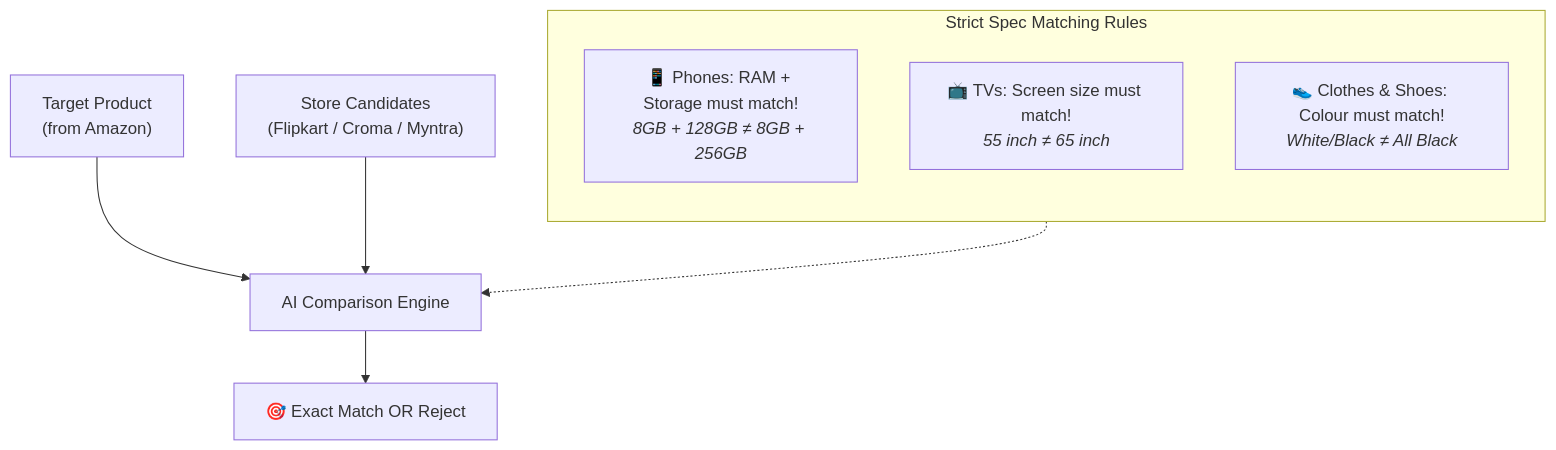
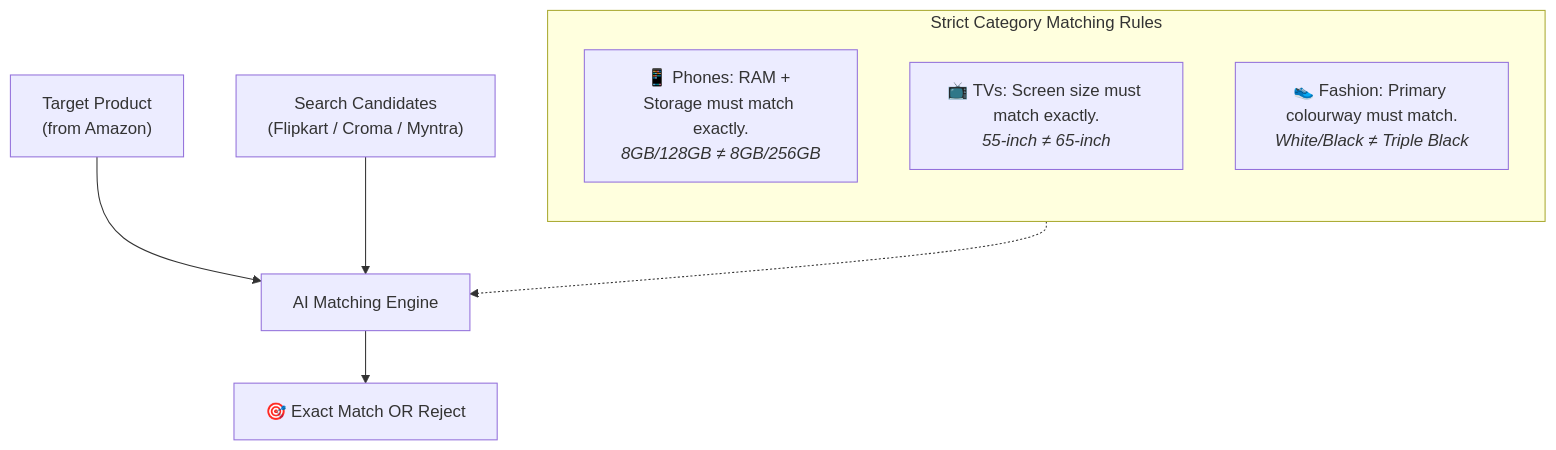
One commit to shlokdubey1k/scruge_assignment changed the fourth of 5 diagrams in MATCHING_EXPLAINED.md. Above: the diagram before and after it, drawn with Mermaid. The commit also changed other lines of this file and 2 other files, not shown here.

Commit message:
Refine MATCHING_EXPLAINED.md with personal engineering walkthrough and add launcher scripts

````diff
--- a/MATCHING_EXPLAINED.md
+++ b/MATCHING_EXPLAINED.md
@@ -96,14 +106,14 @@
 ```mermaid
 flowchart TD
-    subgraph DetectiveRules ["Strict Spec Matching Rules"]
+    subgraph DetectiveRules ["Strict Category Matching Rules"]
         direction TB
-        R1["📱 Phones: RAM + Storage must match!<br><i>8GB + 128GB ≠ 8GB + 256GB</i>"]
-        R2["📺 TVs: Screen size must match!<br><i>55 inch ≠ 65 inch</i>"]
-        R3["👟 Clothes & Shoes: Colour must match!<br><i>White/Black ≠ All Black</i>"]
+        R1["📱 Phones: RAM + Storage must match exactly.<br><i>8GB/128GB ≠ 8GB/256GB</i>"]
+        R2["📺 TVs: Screen size must match exactly.<br><i>55-inch ≠ 65-inch</i>"]
+        R3["👟 Fashion: Primary colourway must match.<br><i>White/Black ≠ Triple Black</i>"]
     end
 
-    AmazonItem["Target Product<br>(from Amazon)"] --> AI["AI Comparison Engine"]
-    StoreCandidates["Store Candidates<br>(Flipkart / Croma / Myntra)"] --> AI
+    AmazonItem["Target Product<br>(from Amazon)"] --> AI["AI Matching Engine"]
+    StoreCandidates["Search Candidates<br>(Flipkart / Croma / Myntra)"] --> AI
     DetectiveRules -.-> AI
     AI --> Decision["🎯 Exact Match OR Reject"]
 ```
````
